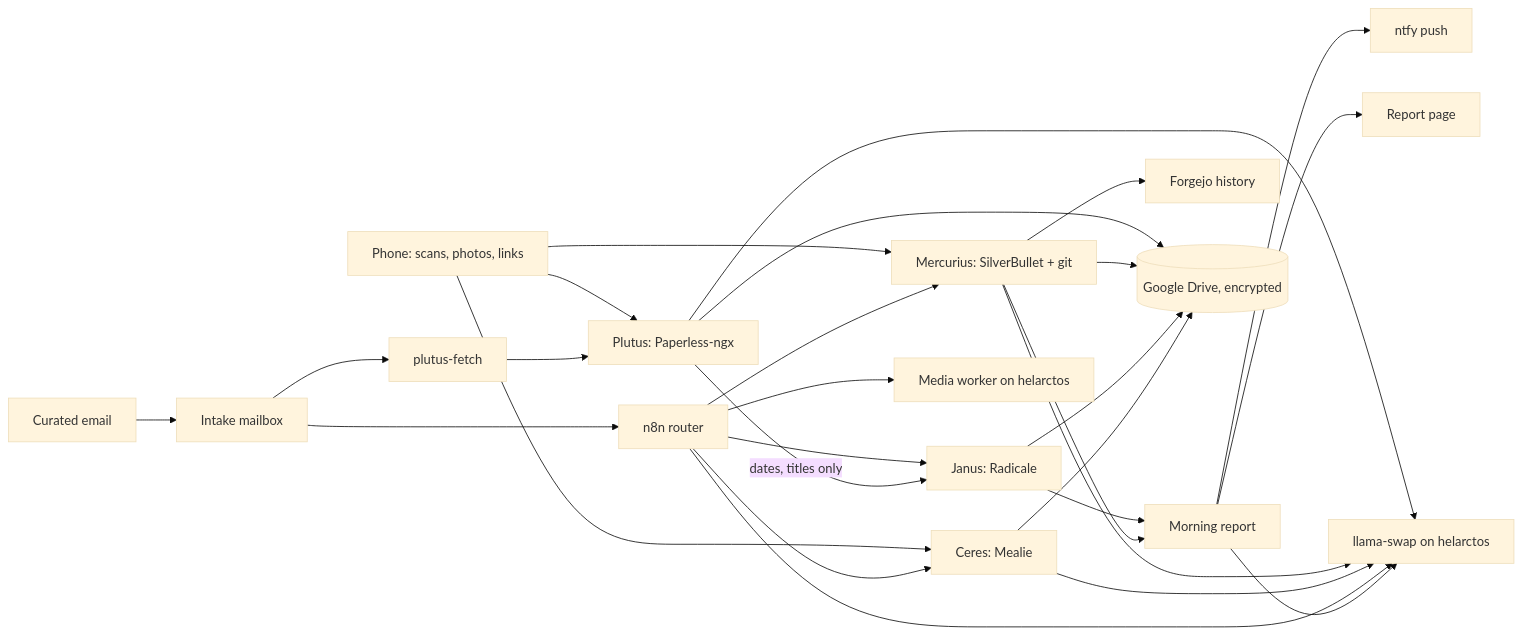
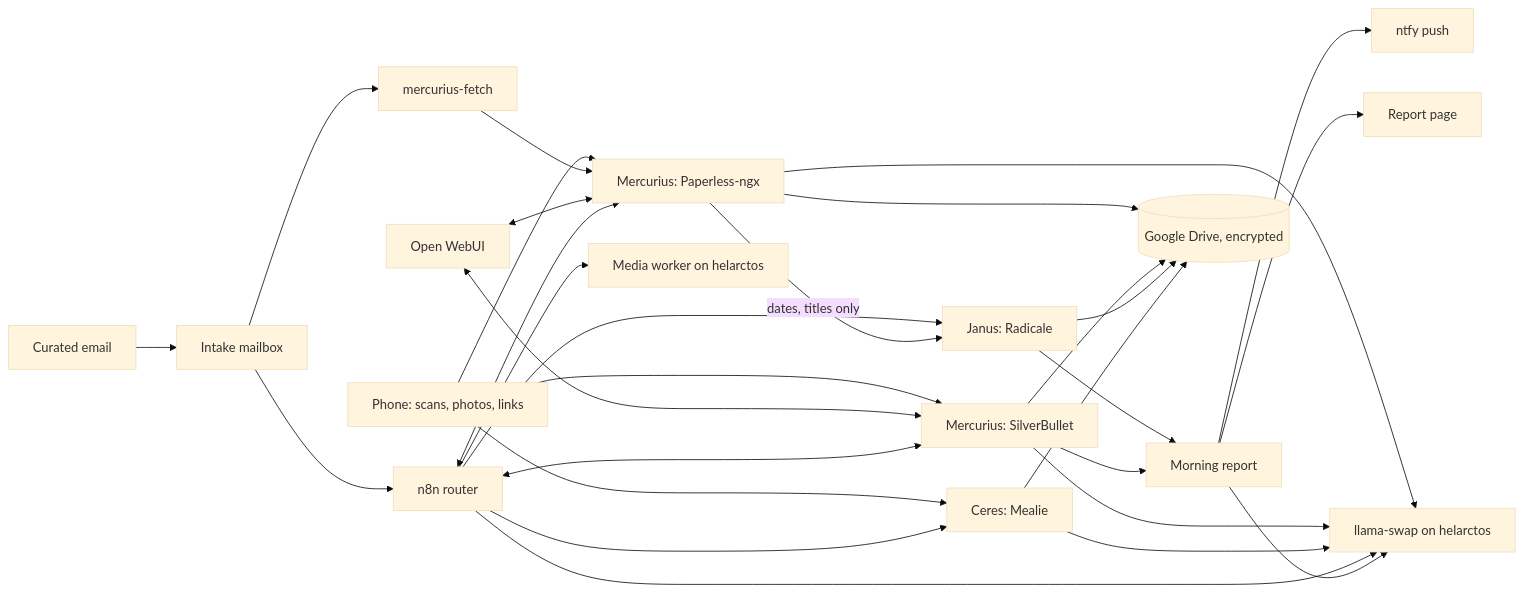
One commit to hsimah/the-loft changed the diagram in automation/plans/README.md. Above: the diagram before and after it, drawn with Mermaid (base theme). The commit also changed other lines of this file and 14 other files, not shown here.

First line of the commit message:
mercurius: plan the merge with Paperless on the encrypted volume (D24)

````diff
--- a/automation/plans/README.md
+++ b/automation/plans/README.md
@@ -25,18 +25,17 @@
 ```mermaid
 flowchart LR
   mail[Curated email] --> intake[Intake mailbox]
   phone[Phone: scans, photos, links] --> vault & recipes & wiki
   intake --> n8n[n8n router]
-  intake --> fetch[plutus-fetch]
-  fetch --> vault[Plutus: Paperless-ngx]
-  n8n --> wiki[Mercurius: SilverBullet + git]
+  intake --> fetch[mercurius-fetch]
+  fetch --> vault[Mercurius: Paperless-ngx]
+  chat[Open WebUI] & n8n <--> wiki[Mercurius: SilverBullet] & vault
   n8n --> cal[Janus: Radicale]
   n8n --> recipes[Ceres: Mealie]
   vault -- dates, titles only --> cal
   cal & wiki --> report[Morning report]
   report --> ntfy[ntfy push] & page[Report page]
   vault & wiki & recipes & n8n & report --> llm[llama-swap on helarctos]
   n8n --> worker[Media worker on helarctos]
-  wiki --> forgejo[Forgejo history]
   vault & wiki & cal & recipes --> backup[(Google Drive, encrypted)]
 ```
````
